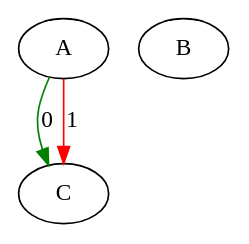
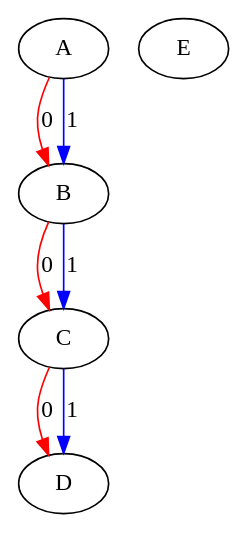
Before and after one commit to Hebbe1234/ExpectAll: the diagram in src/assignedGraphs/assigned.dot, drawn with Graphviz. The commit also changed 2 other files, not shown here.

```diff
--- a/src/assignedGraphs/assigned.dot
+++ b/src/assignedGraphs/assigned.dot
@@ -1,7 +1,13 @@
 digraph "G" {
 A [id=0];
 B [id=1];
 C [id=2];
-A -> C  [color=green, key=0, label=0];
-A -> C  [color=red, key=1, label=1];
+D [id=3];
+E [id=4];
+A -> B  [color=red, key=0, label=0];
+A -> B  [color=blue, key=1, label=1];
+B -> C  [color=red, key=0, label=0];
+B -> C  [color=blue, key=1, label=1];
+C -> D  [color=red, key=0, label=0];
+C -> D  [color=blue, key=1, label=1];
 }
```
